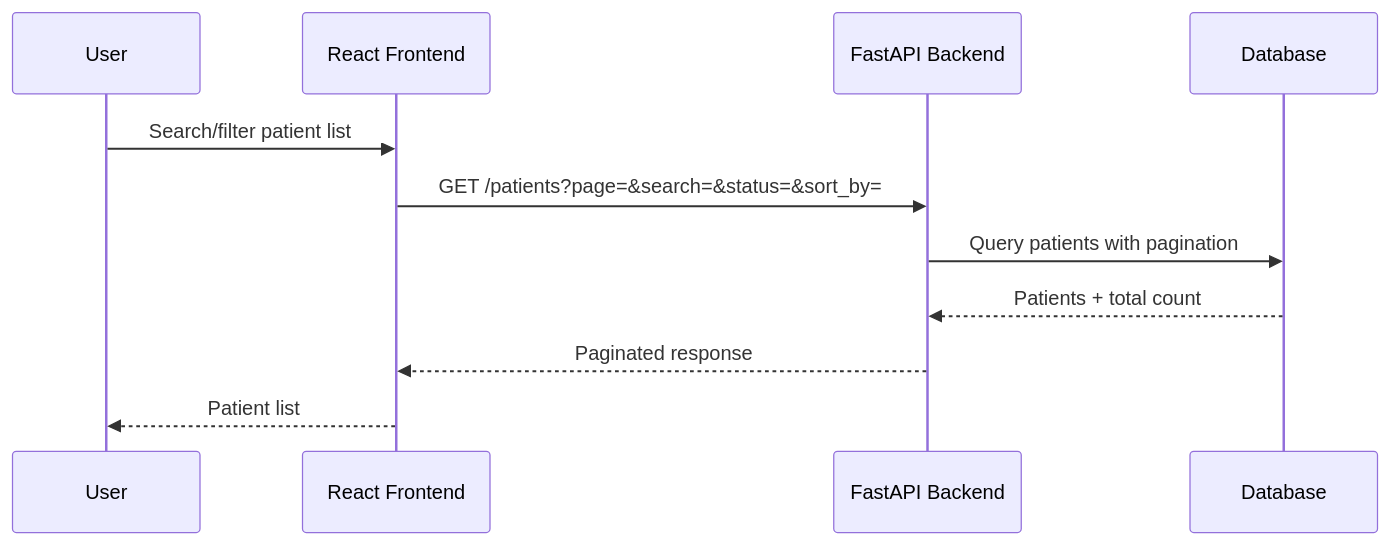
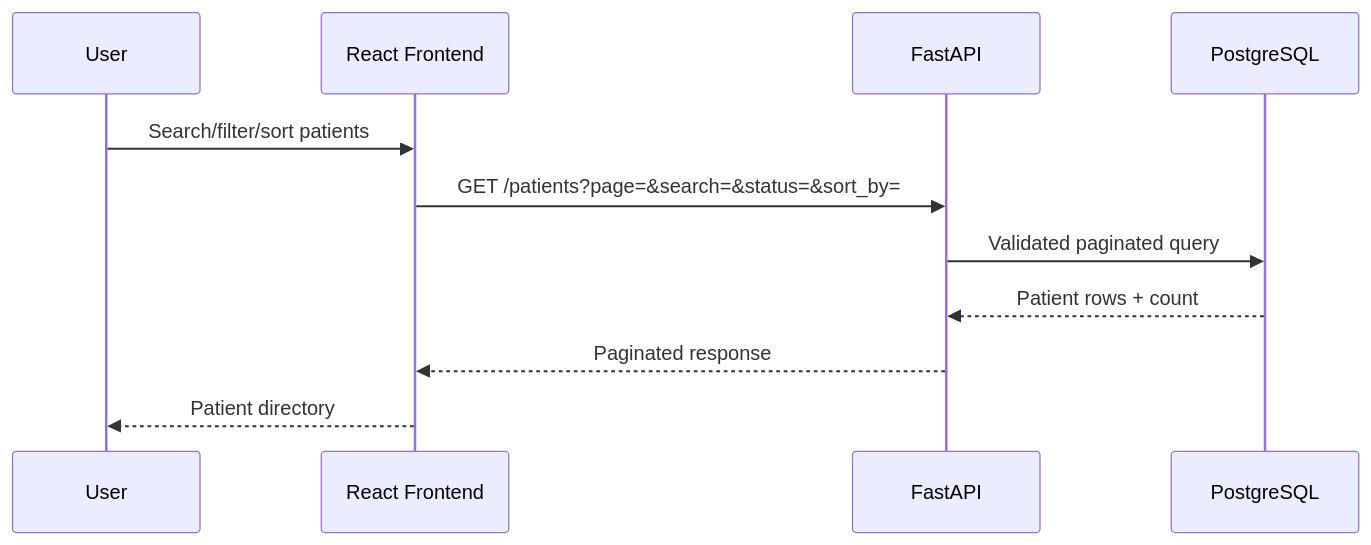
Before and after one commit to ngavelek/ascertain-healthcare-dashboard: the third of 4 diagrams in docs/ARCHITECTURE_TIMELINE.md, drawn with Mermaid. The commit also changed other lines of this file, not shown here.

First line of the commit message:
Revise architecture timeline for healthcare dashboard

````diff
--- a/docs/ARCHITECTURE_TIMELINE.md
+++ b/docs/ARCHITECTURE_TIMELINE.md
@@ -670,14 +39,14 @@
 ```mermaid
 sequenceDiagram
-  participant User
-  participant Web as React Frontend
-  participant API as FastAPI Backend
-  participant DB as Database
+    participant User
+    participant Web as React Frontend
+    participant API as FastAPI
+    participant DB as PostgreSQL
 
-  User->>Web: Search/filter patient list
-  Web->>API: GET /patients?page=&search=&status=&sort_by=
-  API->>DB: Query patients with pagination
-  DB-->>API: Patients + total count
-  API-->>Web: Paginated response
-  Web-->>User: Patient list
+    User->>Web: Search/filter/sort patients
+    Web->>API: GET /patients?page=&search=&status=&sort_by=
+    API->>DB: Validated paginated query
+    DB-->>API: Patient rows + count
+    API-->>Web: Paginated response
+    Web-->>User: Patient directory
 ```
````
